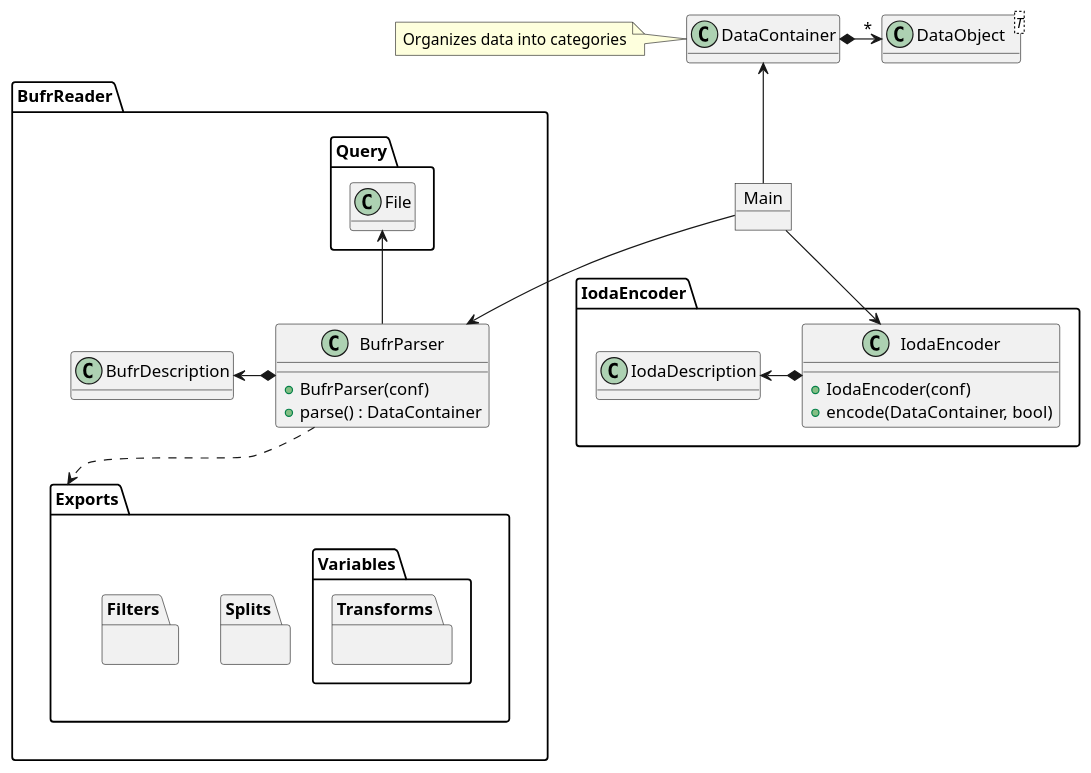
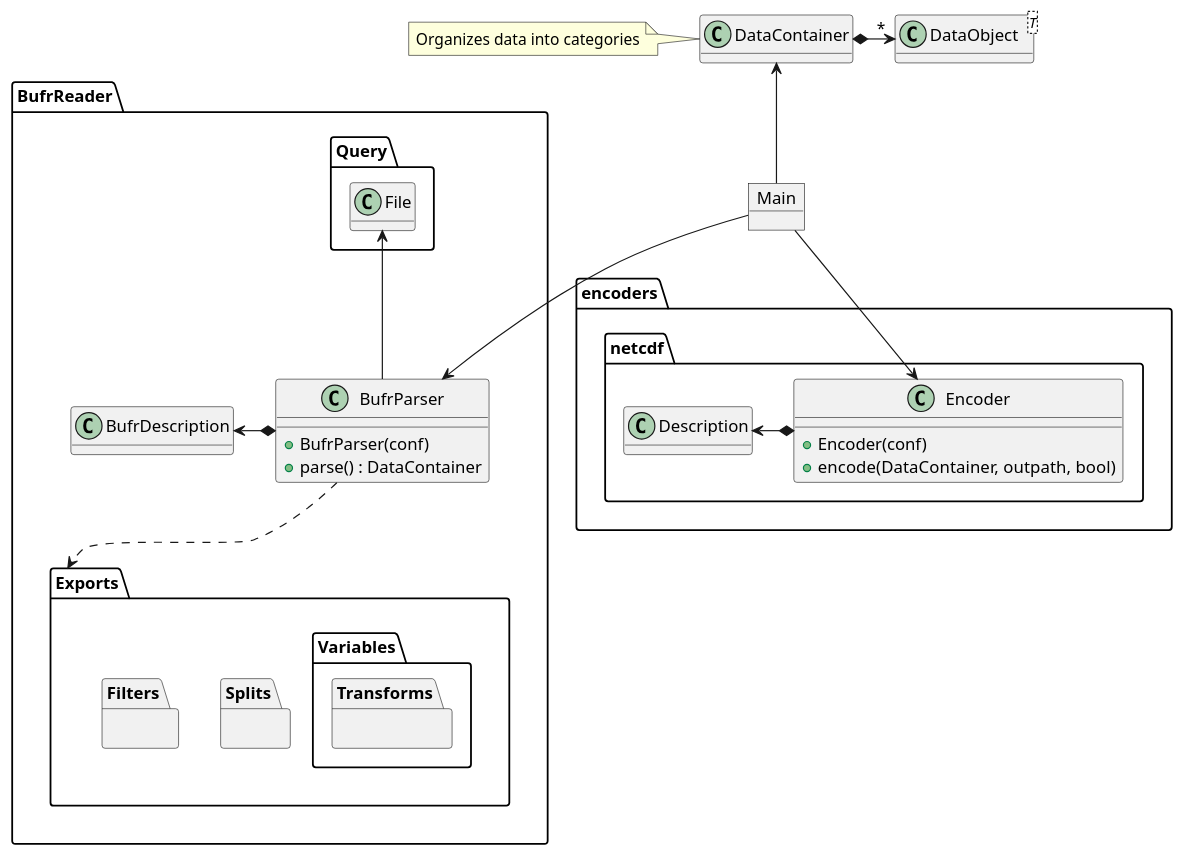
One commit to NOAA-EMC/bufr-query changed the diagram in docs/uml/BUFR_BigPicture.puml. Above: the diagram before and after it, drawn with PlantUML. The commit also changed 6 other files, not shown here.

```diff
--- a/docs/uml/BUFR_BigPicture.puml
+++ b/docs/uml/BUFR_BigPicture.puml
@@ -1,84 +1,86 @@
 @startuml
 hide empty methods
 skinparam dpi 100
 
 object Main
 
 
 class DataObject<T>
 {
   
 }
 
 class DataContainer
 {
   
 }
 note left: Organizes data into categories
 
 
 package BufrReader <<Folder>>
 {
   package Query <<Folder>> 
   {
     class File
     {
     }
   }
 
   class BufrParser
   {
     +BufrParser(conf)
     +parse() : DataContainer
   }
 
   class BufrDescription
   {
   }
 
   package Exports <<Folder>>
   {
     package Splits
     {
     }
 
     package Filters
     {
     }
 
     package Variables
     {
       package Transforms
       {
       }
     }
   }
 }
 
-package IodaEncoder as Encoder <<Folder>>
+package encoders <<Folder>>
 {
+    package netcdf <<Folder>>
+    {
+      class Encoder
+      {
+        +Encoder(conf)
+        +encode(DataContainer, outpath, bool)
+      }
 
-  class IodaEncoder
-  {
-    +IodaEncoder(conf)
-    +encode(DataContainer, bool)
-  }
-
-  class IodaDescription
-  {
-  }
+      class Description
+      {
+      }
+     }
 }
 
 
 Main --> BufrParser
-Main --> IodaEncoder
+Main --> Encoder
 DataContainer <-- Main
 
 File <-- BufrParser
 BufrDescription <-* BufrParser
-IodaDescription <-* IodaEncoder
+Description <-* Encoder
 BufrParser ..> Exports
 
 DataContainer *-> "*" DataObject
 
 @enduml
```
